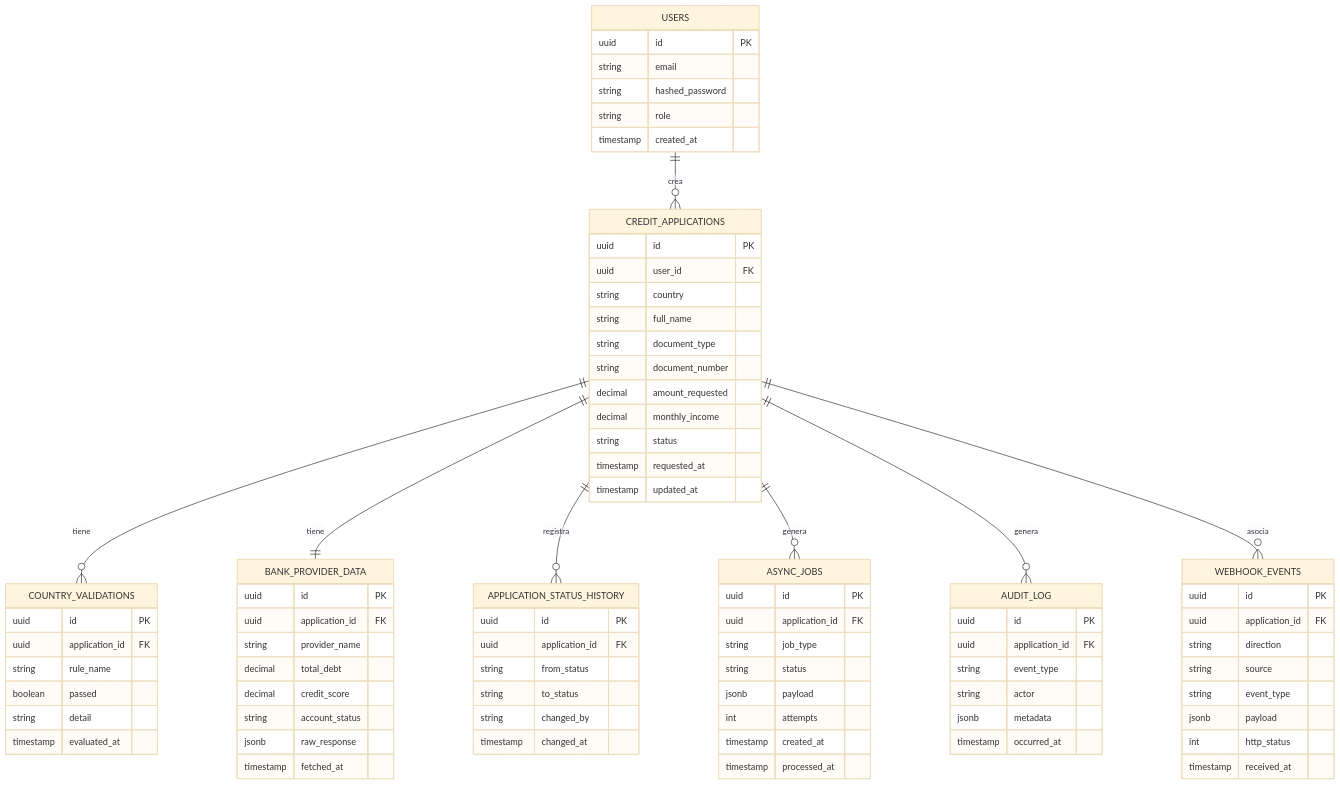
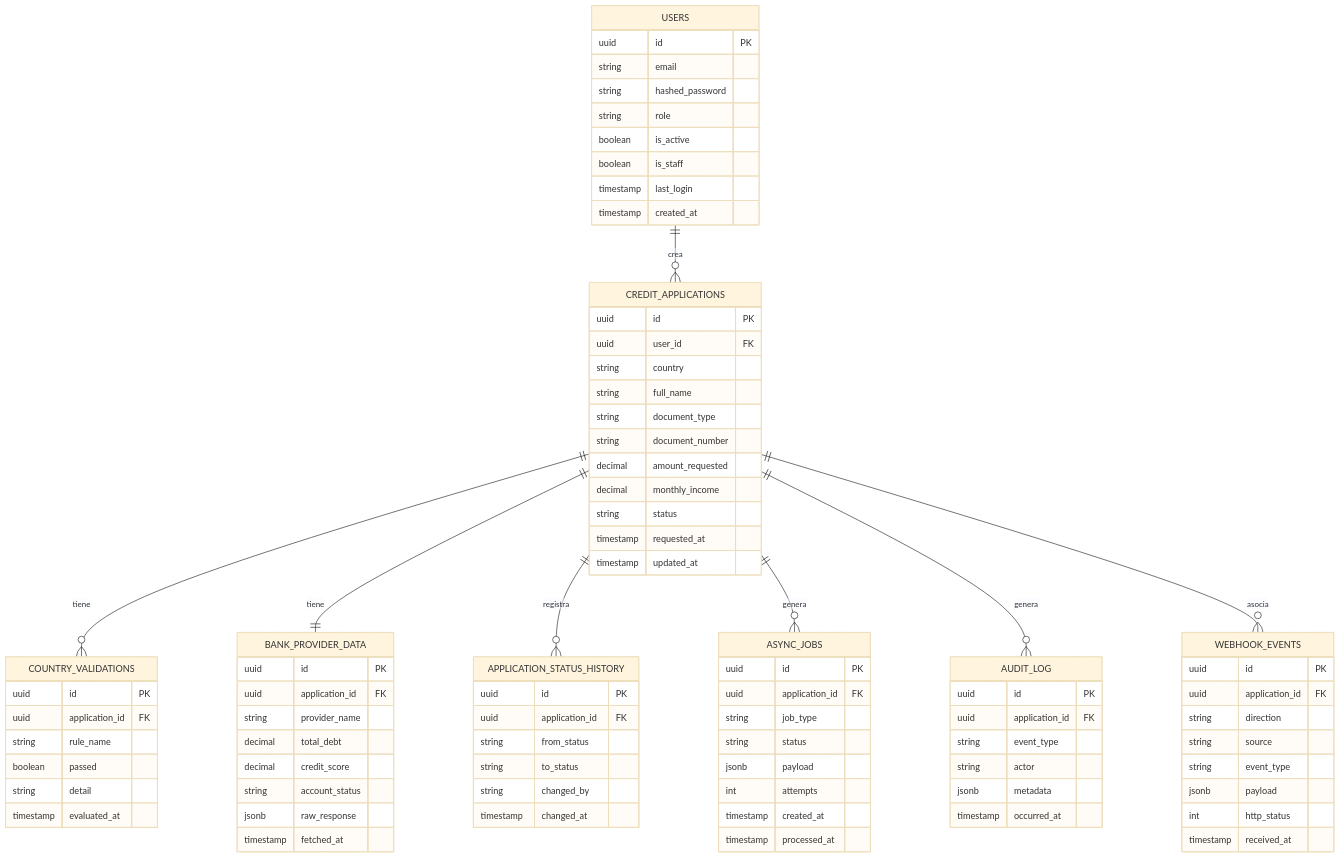
One commit to Branyoe/multi-country_fintech changed the diagram in docs/database/database.mmd. Above: the diagram before and after it, drawn with Mermaid (base theme).

Commit message:
feat: add additional fields to USERS table in database diagram

```diff
--- a/docs/database/database.mmd
+++ b/docs/database/database.mmd
@@ -1,91 +1,94 @@
 erDiagram
 
     USERS {
         uuid id PK
         string email
         string hashed_password
         string role
+        boolean is_active
+        boolean is_staff
+        timestamp last_login
         timestamp created_at
     }
 
     CREDIT_APPLICATIONS {
         uuid id PK
         uuid user_id FK
         string country
         string full_name
         string document_type
         string document_number
         decimal amount_requested
         decimal monthly_income
         string status
         timestamp requested_at
         timestamp updated_at
     }
 
     COUNTRY_VALIDATIONS {
         uuid id PK
         uuid application_id FK
         string rule_name
         boolean passed
         string detail
         timestamp evaluated_at
     }
 
     BANK_PROVIDER_DATA {
         uuid id PK
         uuid application_id FK
         string provider_name
         decimal total_debt
         decimal credit_score
         string account_status
         jsonb raw_response
         timestamp fetched_at
     }
 
     APPLICATION_STATUS_HISTORY {
         uuid id PK
         uuid application_id FK
         string from_status
         string to_status
         string changed_by
         timestamp changed_at
     }
 
     ASYNC_JOBS {
         uuid id PK
         uuid application_id FK
         string job_type
         string status
         jsonb payload
         int attempts
         timestamp created_at
         timestamp processed_at
     }
 
     AUDIT_LOG {
         uuid id PK
         uuid application_id FK
         string event_type
         string actor
         jsonb metadata
         timestamp occurred_at
     }
 
     WEBHOOK_EVENTS {
         uuid id PK
         uuid application_id FK
         string direction
         string source
         string event_type
         jsonb payload
         int http_status
         timestamp received_at
     }
 
     USERS ||--o{ CREDIT_APPLICATIONS : "crea"
     CREDIT_APPLICATIONS ||--o{ COUNTRY_VALIDATIONS : "tiene"
     CREDIT_APPLICATIONS ||--|| BANK_PROVIDER_DATA : "tiene"
     CREDIT_APPLICATIONS ||--o{ APPLICATION_STATUS_HISTORY : "registra"
     CREDIT_APPLICATIONS ||--o{ ASYNC_JOBS : "genera"
     CREDIT_APPLICATIONS ||--o{ AUDIT_LOG : "genera"
     CREDIT_APPLICATIONS ||--o{ WEBHOOK_EVENTS : "asocia"
```
